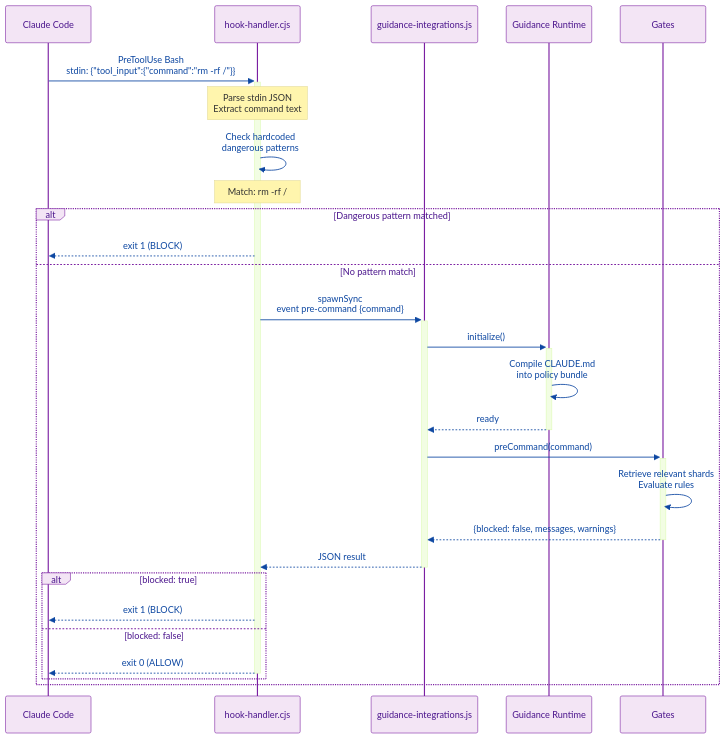
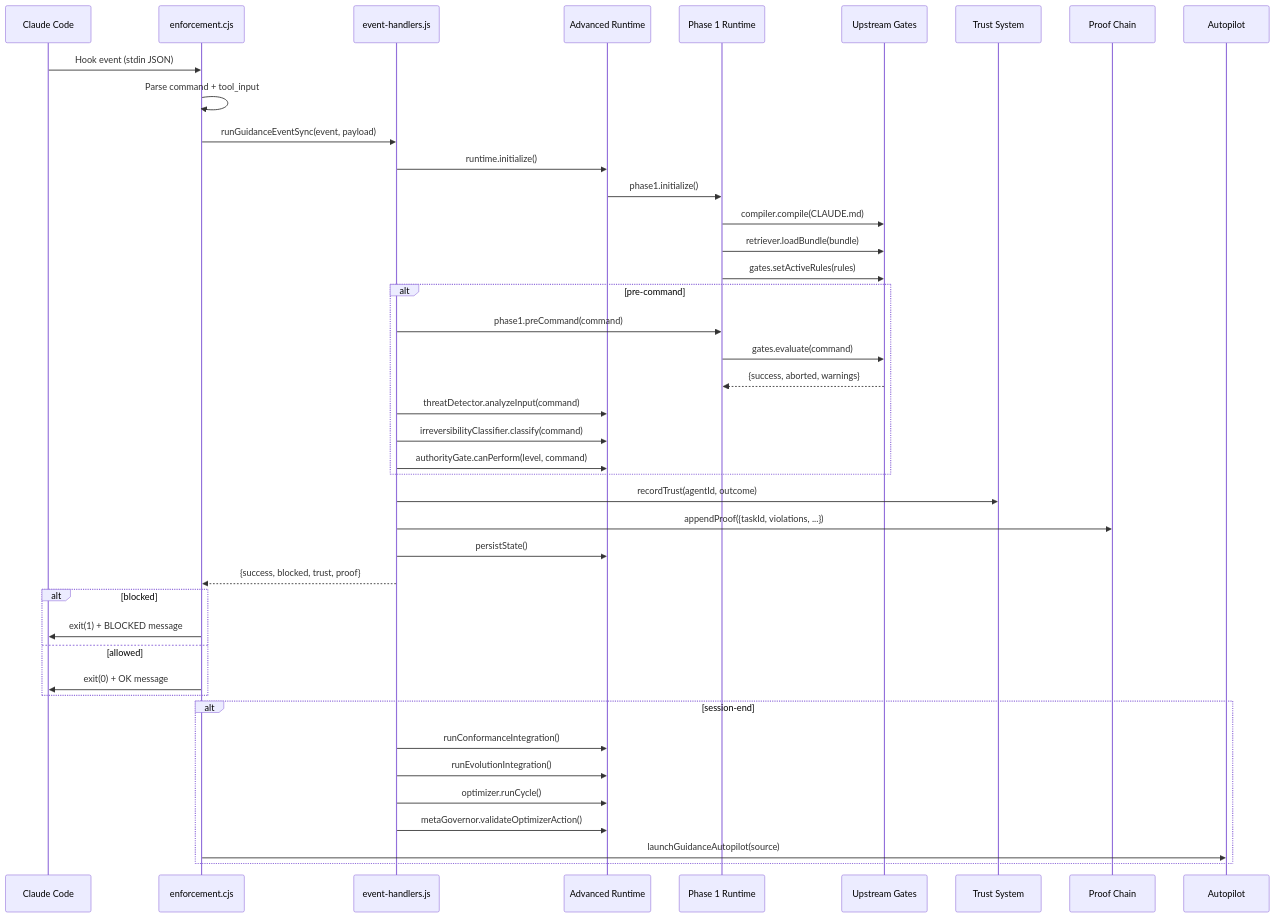
Before and after one commit to sparkling/claude-flow-guidance-implementation: the third of 7 diagrams in docs/architecture.md, drawn with Mermaid. The commit also changed other lines of this file and 40 other files, not shown here.

First line of the commit message:
docs: replace legacy docs with comprehensive architecture documentation

````diff
--- a/docs/architecture.md
+++ b/docs/architecture.md
@@ -187,47 +160,49 @@
 ```mermaid
-%%{init: {
-  "theme": "base",
-  "themeVariables": {
-    "primaryColor": "#E3F2FD",
-    "primaryTextColor": "#0D47A1",
-    "primaryBorderColor": "#1565C0",
-    "lineColor": "#37474F",
-    "actorBkg": "#F3E5F5",
-    "actorBorder": "#7B1FA2",
-    "actorTextColor": "#4A148C"
-  }
-}}%%
 sequenceDiagram
-    accTitle: Blocking Hook Sequence
-    accDescr: Shows the synchronous flow of a pre-bash hook from Claude Code through policy gates to an allow or block decision
+    participant CC as Claude Code
+    participant ENF as enforcement.cjs
+    participant EH as event-handlers.js
+    participant ADV as Advanced Runtime
+    participant P1 as Phase 1 Runtime
+    participant UP as Upstream Gates
+    participant TR as Trust System
+    participant PR as Proof Chain
+    participant AP as Autopilot
 
-    participant CC as Claude Code
-    participant HH as hook-handler.cjs
-    participant GI as guidance-integrations.js
-    participant RT as Guidance Runtime
-    participant G as Gates
+    CC->>ENF: Hook event (stdin JSON)
+    ENF->>ENF: Parse command + tool_input
+    ENF->>EH: runGuidanceEventSync(event, payload)
+    EH->>ADV: runtime.initialize()
+    ADV->>P1: phase1.initialize()
+    P1->>UP: compiler.compile(CLAUDE.md)
+    P1->>UP: retriever.loadBundle(bundle)
+    P1->>UP: gates.setActiveRules(rules)
 
-    CC->>+HH: PreToolUse Bash<br/>stdin: {"tool_input":{"command":"rm -rf /"}}
-    Note over HH: Parse stdin JSON<br/>Extract command text
+    alt pre-command
+        EH->>P1: phase1.preCommand(command)
+        P1->>UP: gates.evaluate(command)
+        UP-->>P1: {success, aborted, warnings}
+        EH->>ADV: threatDetector.analyzeInput(command)
+        EH->>ADV: irreversibilityClassifier.classify(command)
+        EH->>ADV: authorityGate.canPerform(level, command)
+    end
 
-    HH->>HH: Check hardcoded<br/>dangerous patterns
-    Note over HH: Match: rm -rf /
+    EH->>TR: recordTrust(agentId, outcome)
+    EH->>PR: appendProof({taskId, violations, ...})
+    EH->>ADV: persistState()
+    EH-->>ENF: {success, blocked, trust, proof}
 
-    alt Dangerous pattern matched
-        HH-->>CC: exit 1 (BLOCK)
-    else No pattern match
-        HH->>+GI: spawnSync<br/>event pre-command {command}
-        GI->>+RT: initialize()
-        RT->>RT: Compile CLAUDE.md<br/>into policy bundle
-        RT-->>-GI: ready
-        GI->>+G: preCommand(command)
-        G->>G: Retrieve relevant shards<br/>Evaluate rules
-        G-->>-GI: {blocked: false, messages, warnings}
-        GI-->>-HH: JSON result
-        alt blocked: true
-            HH-->>CC: exit 1 (BLOCK)
-        else blocked: false
-            HH-->>-CC: exit 0 (ALLOW)
-        end
+    alt blocked
+        ENF->>CC: exit(1) + BLOCKED message
+    else allowed
+        ENF->>CC: exit(0) + OK message
+    end
+
+    alt session-end
+        EH->>ADV: runConformanceIntegration()
+        EH->>ADV: runEvolutionIntegration()
+        EH->>ADV: optimizer.runCycle()
+        EH->>ADV: metaGovernor.validateOptimizerAction()
+        ENF->>AP: launchGuidanceAutopilot(source)
     end
 ```
````
